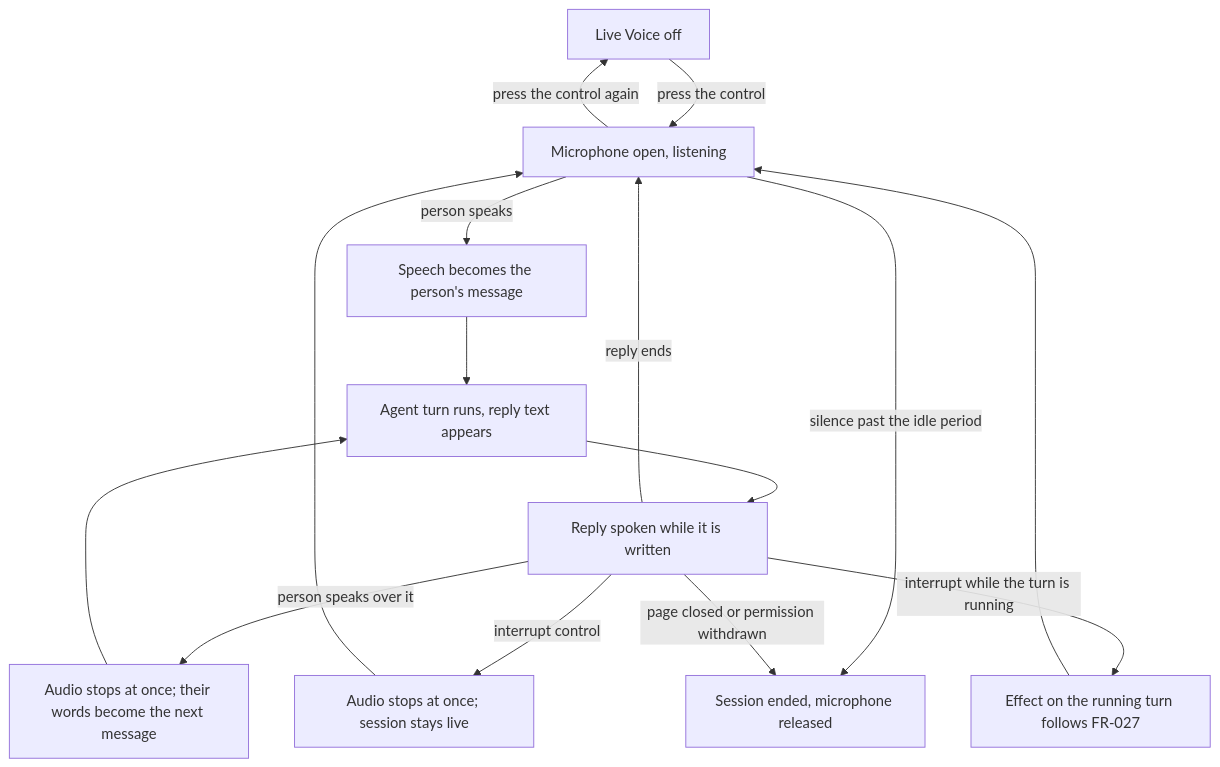
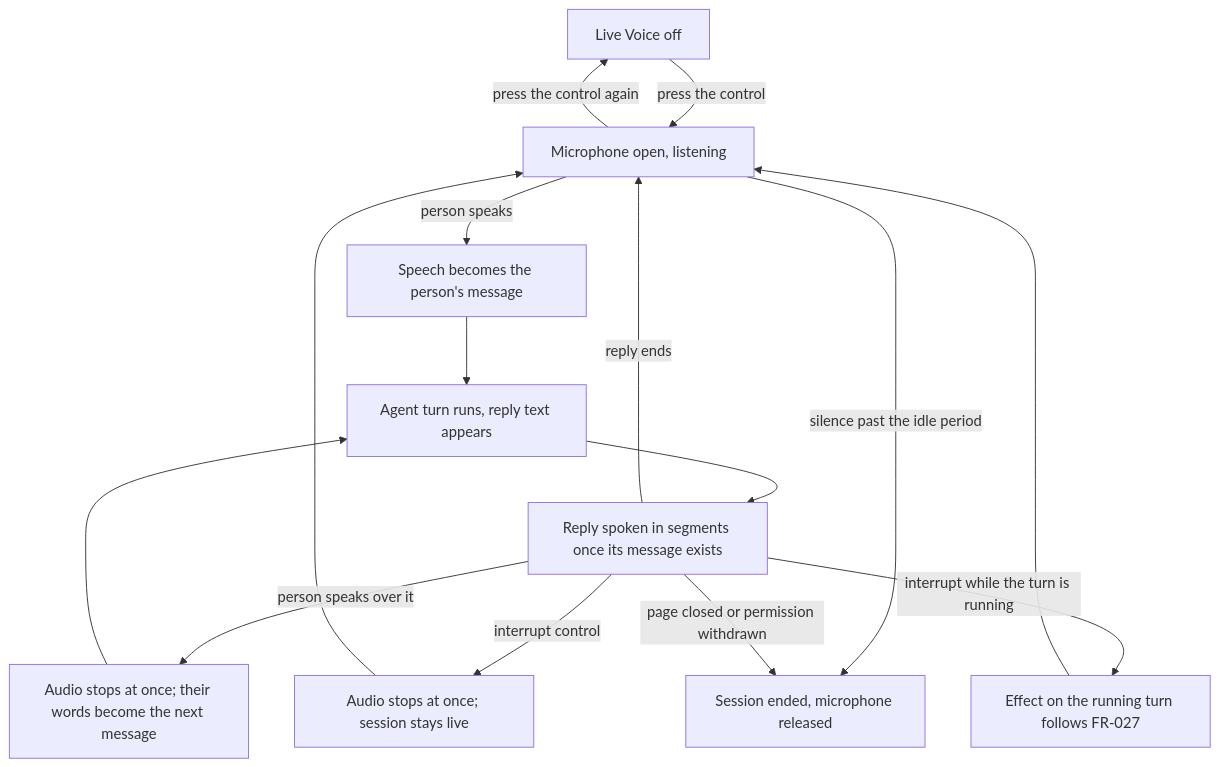
The diagram in specs/055-live-voice/spec.md (vizier-lab/vizier), drawn with Mermaid before and after one commit. The commit also changed other lines of this file and 7 other files, not shown here.

````diff
--- a/specs/055-live-voice/spec.md
+++ b/specs/055-live-voice/spec.md
@@ -145,17 +145,17 @@
 ```mermaid
 flowchart TD
     off["Live Voice off"] -->|"press the control"| listen["Microphone open, listening"]
     listen -->|"person speaks"| transc["Speech becomes the person's message"]
     transc --> turn["Agent turn runs, reply text appears"]
-    turn --> speak["Reply spoken while it is written"]
+    turn --> speak["Reply spoken in segments once its message exists"]
     speak -->|"reply ends"| listen
     speak -->|"person speaks over it"| barge["Audio stops at once; their words become the next message"]
     barge --> turn
     speak -->|"interrupt control"| stop["Audio stops at once; session stays live"]
     stop --> listen
     speak -->|"interrupt while the turn is running"| running["Effect on the running turn follows FR-027"]
     running --> listen
     listen -->|"press the control again"| off
     listen -->|"silence past the idle period"| ended["Session ended, microphone released"]
     speak -->|"page closed or permission withdrawn"| ended
 ```
````
